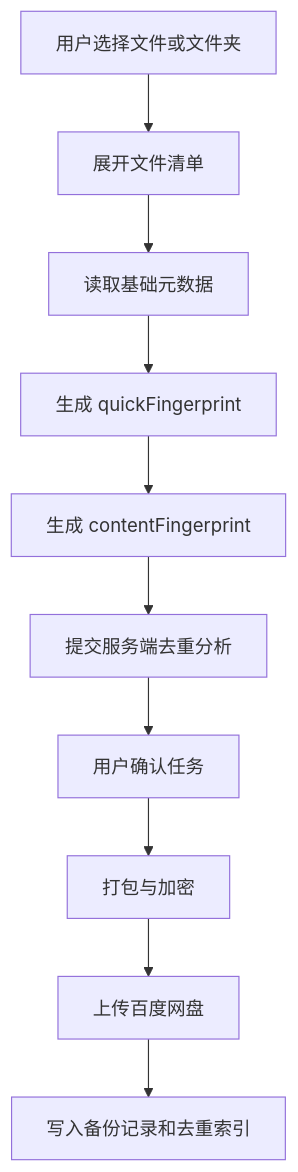
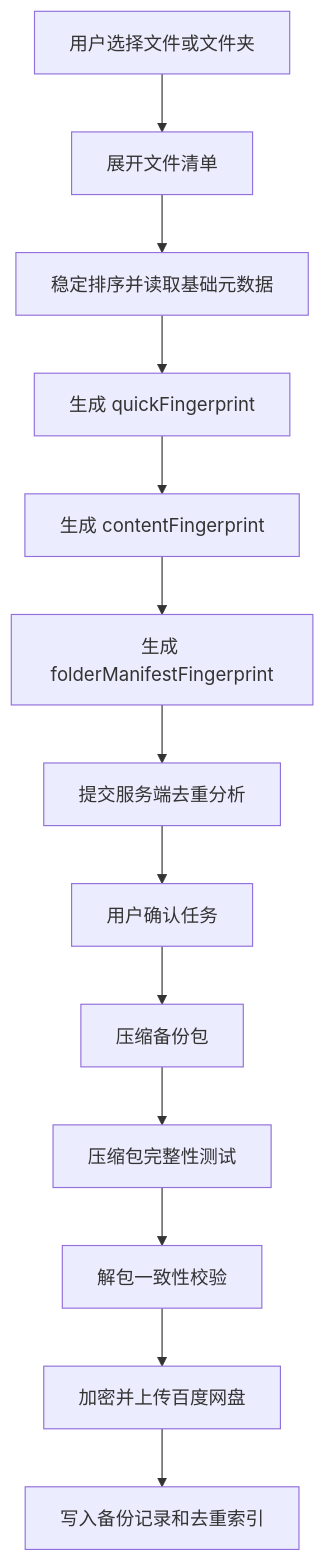
One commit to tiankongzhise/baidu-dedupe-backup changed the diagram in docs/development/dedupe-strategy.md. Above: the diagram before and after it, drawn with Mermaid. The commit also changed other lines of this file and 5 other files, not shown here.

````diff
--- a/docs/development/dedupe-strategy.md
+++ b/docs/development/dedupe-strategy.md
@@ -121,12 +203,15 @@
 ```mermaid
 flowchart TD
     A["用户选择文件或文件夹"] --> B["展开文件清单"]
-    B --> C["读取基础元数据"]
+    B --> C["稳定排序并读取基础元数据"]
     C --> D["生成 quickFingerprint"]
     D --> E["生成 contentFingerprint"]
-    E --> F["提交服务端去重分析"]
-    F --> G["用户确认任务"]
-    G --> H["打包与加密"]
-    H --> I["上传百度网盘"]
-    I --> J["写入备份记录和去重索引"]
+    E --> F["生成 folderManifestFingerprint"]
+    F --> G["提交服务端去重分析"]
+    G --> H["用户确认任务"]
+    H --> I["压缩备份包"]
+    I --> J["压缩包完整性测试"]
+    J --> K["解包一致性校验"]
+    K --> L["加密并上传百度网盘"]
+    L --> M["写入备份记录和去重索引"]
 ```
````
